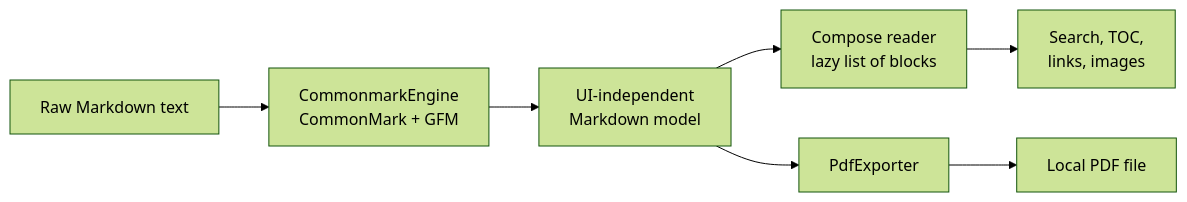
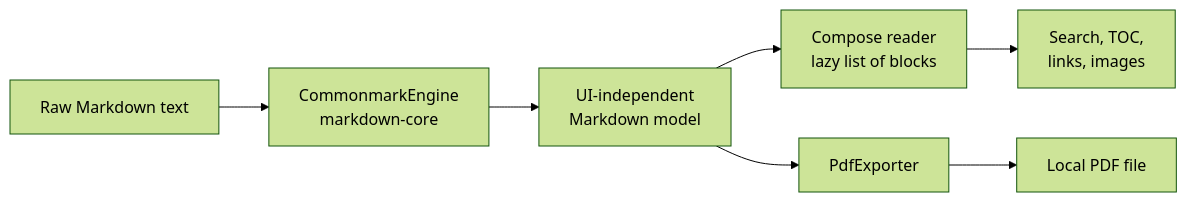
The ninth of 12 diagrams in README.md (Basavaraj8143/gitreadme), drawn with Mermaid (forest theme) before and after one commit. The commit also changed other lines of this file and 240 other files, not shown here.

````diff
--- a/README.md
+++ b/README.md
@@ -436,9 +436,9 @@
 ```mermaid
 flowchart LR
-    A[Raw Markdown text] --> B[CommonmarkEngine<br/>CommonMark + GFM]
+    A[Raw Markdown text] --> B[CommonmarkEngine<br/>markdown-core]
     B --> C[UI-independent<br/>Markdown model]
     C --> D[Compose reader<br/>lazy list of blocks]
     C --> E[PdfExporter]
     D --> F[Search, TOC,<br/>links, images]
     E --> G[Local PDF file]
 ```
````
